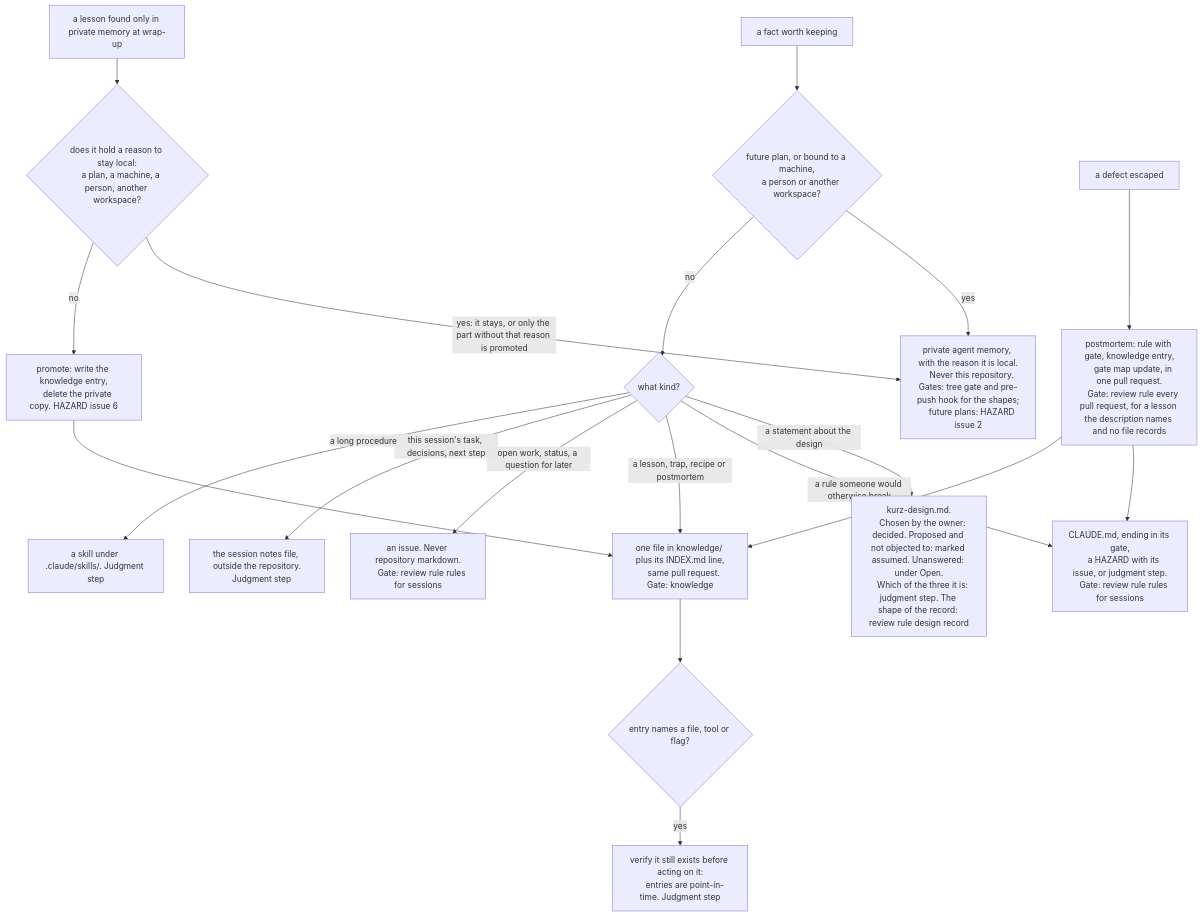
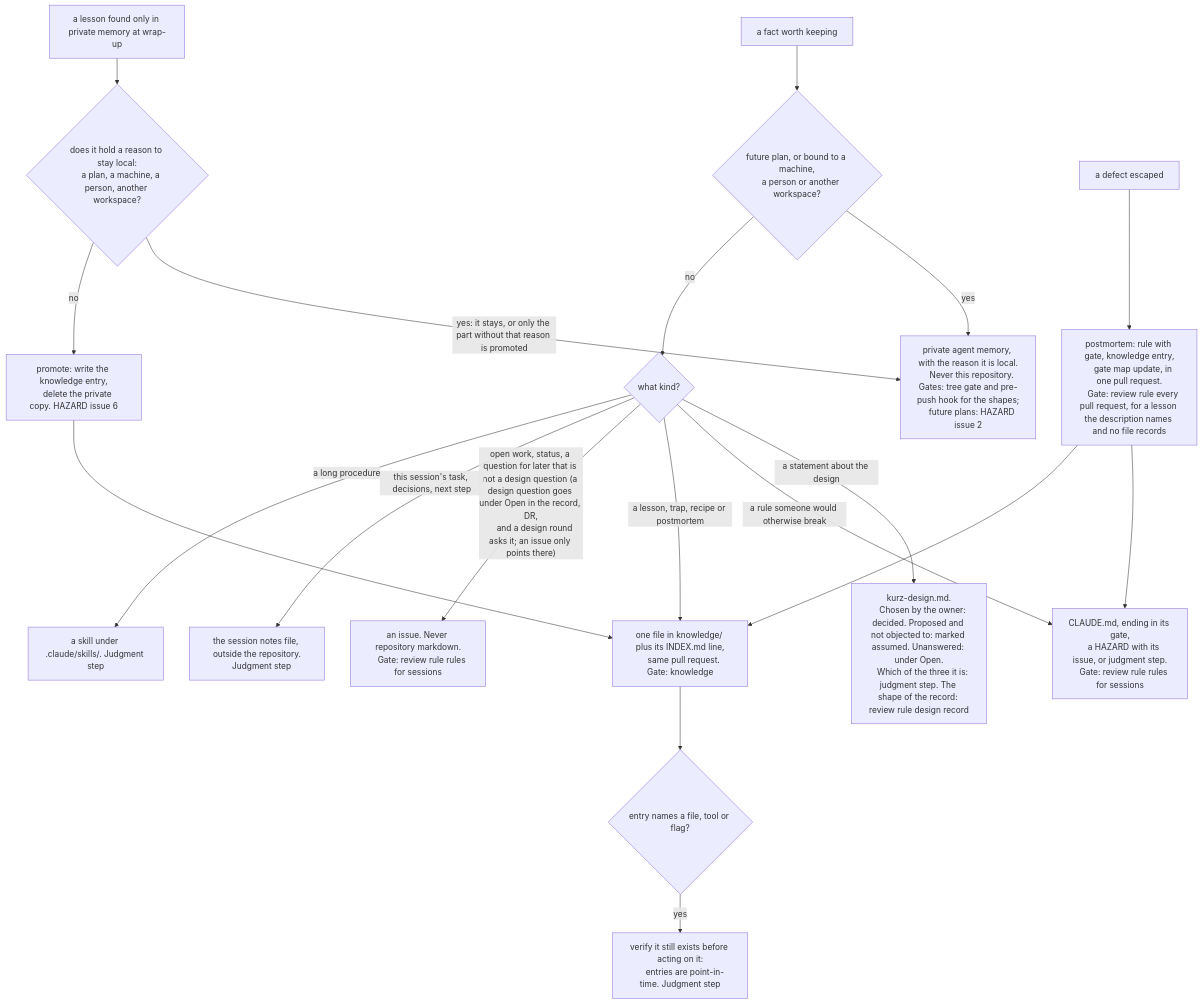
One commit to SymoHTL/Kurz changed the diagram in knowledge/diagram-knowledge-routing.md. Above: the diagram before and after it, drawn with Mermaid. The commit also changed other lines of this file and 69 other files, not shown here.

````diff
--- a/knowledge/diagram-knowledge-routing.md
+++ b/knowledge/diagram-knowledge-routing.md
@@ -14,36 +14,37 @@
 ```mermaid
 flowchart TD
     F["a fact worth keeping"] --> Q0{"future plan, or bound to a machine,
     a person or another workspace?"}
     Q0 -- "yes" --> PM["private agent memory, with the reason it is local.
     Never this repository. Gates: tree gate and pre-push hook for the shapes;
     future plans: HAZARD issue 2"]
     Q0 -- "no" --> Q1{"what kind?"}
     Q1 -- "a statement about the design" --> DR["kurz-design.md.
     Chosen by the owner: decided. Proposed and not objected to: marked assumed. Unanswered: under Open.
     Which of the three it is: judgment step. The shape of the record: review rule design record"]
     Q1 -- "a rule someone would otherwise break" --> CL["CLAUDE.md, ending in its gate,
     a HAZARD with its issue, or judgment step.
     Gate: review rule rules for sessions"]
     Q1 -- "a lesson, trap, recipe or postmortem" --> KN["one file in knowledge/ plus its INDEX.md line,
     same pull request. Gate: knowledge"]
-    Q1 -- "open work, status, a question for later" --> IS["an issue. Never repository markdown.
+    Q1 -- "open work, status, a question for later that is not a design question (a design question goes under Open in the record, DR,
+    and a design round asks it; an issue only points there)" --> IS["an issue. Never repository markdown.
     Gate: review rule rules for sessions"]
     Q1 -- "this session's task, decisions, next step" --> NO["the session notes file, outside the repository.
     Judgment step"]
     Q1 -- "a long procedure" --> SK["a skill under .claude/skills/. Judgment step"]
     PMx["a lesson found only in private memory at wrap-up"] --> Q2{"does it hold a reason to stay local:
     a plan, a machine, a person, another workspace?"}
     Q2 -- "yes: it stays, or only the part without that reason is promoted" --> PM
     Q2 -- "no" --> PR["promote: write the knowledge entry,
     delete the private copy. HAZARD issue 6"]
     PR --> KN
     ES["a defect escaped"] --> PO["postmortem: rule with gate, knowledge entry,
     gate map update, in one pull request.
     Gate: review rule every pull request, for a lesson the description names and no file records"]
     PO --> CL
     PO --> KN
     KN --> ST{"entry names a file, tool or flag?"}
     ST -- "yes" --> VF["verify it still exists before acting on it:
     entries are point-in-time. Judgment step"]
 ```
````
